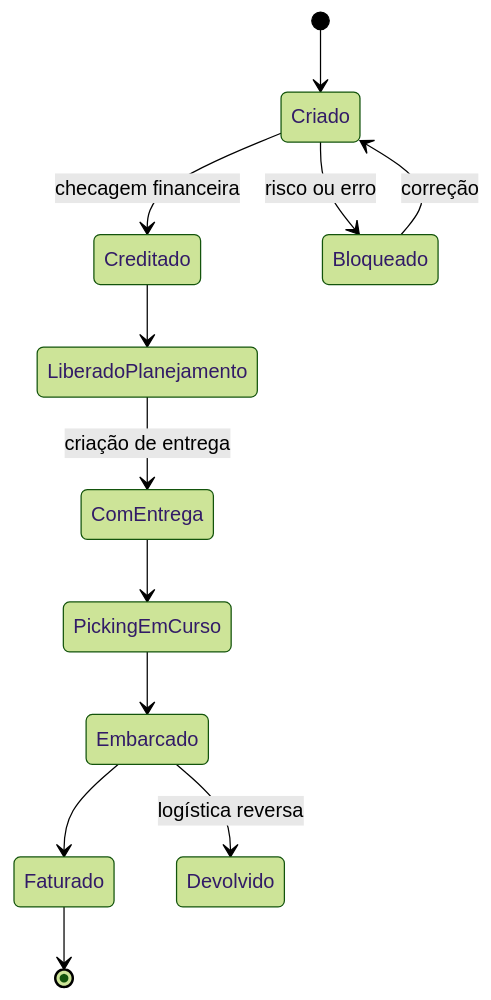
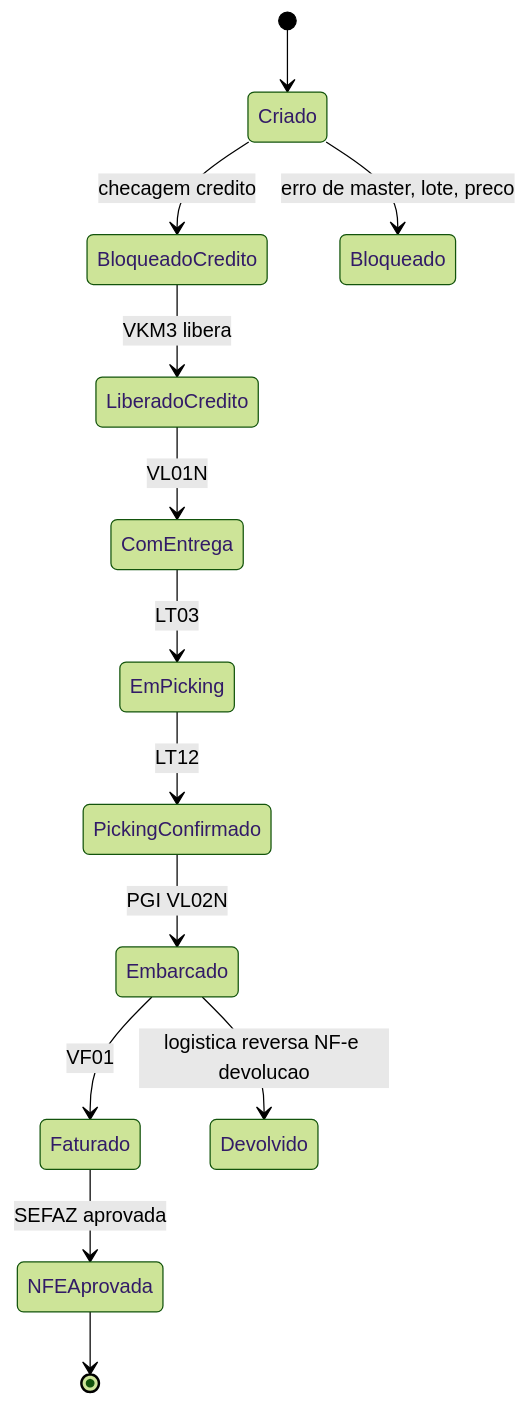
One commit to cleberhensel/logisticon-academy changed the second of 4 diagrams in aulas/trilha-tecnologia-e-sistemas/modulo-02-erp-aplicado-supply-chain/aula-01-documentos-estados-pedido.md. Above: the diagram before and after it, drawn with Mermaid (forest theme). The commit also changed other lines of this file and 122 other files, not shown here.

````diff
--- a/aulas/trilha-tecnologia-e-sistemas/modulo-02-erp-aplicado-supply-chain/aula-01-documentos-estados-pedido.md
+++ b/aulas/trilha-tecnologia-e-sistemas/modulo-02-erp-aplicado-supply-chain/aula-01-documentos-estados-pedido.md
@@ -41,14 +92,15 @@
 ```mermaid
 stateDiagram-v2
   [*] --> Criado
-  Criado --> Creditado: checagem financeira
-  Creditado --> LiberadoPlanejamento
-  LiberadoPlanejamento --> ComEntrega: criação de entrega
-  ComEntrega --> PickingEmCurso
-  PickingEmCurso --> Embarcado
-  Embarcado --> Faturado
-  Faturado --> [*]
-  Criado --> Bloqueado: risco ou erro
-  Bloqueado --> Criado: correção
-  Embarcado --> Devolvido: logística reversa
+  Criado --> BloqueadoCredito: checagem credito
+  BloqueadoCredito --> LiberadoCredito: VKM3 libera
+  LiberadoCredito --> ComEntrega: VL01N
+  ComEntrega --> EmPicking: LT03
+  EmPicking --> PickingConfirmado: LT12
+  PickingConfirmado --> Embarcado: PGI VL02N
+  Embarcado --> Faturado: VF01
+  Faturado --> NFEAprovada: SEFAZ aprovada
+  NFEAprovada --> [*]
+  Criado --> Bloqueado: erro de master, lote, preco
+  Embarcado --> Devolvido: logistica reversa NF-e devolucao
 ```
````
